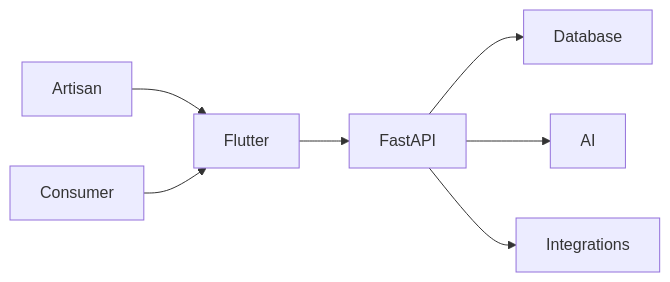
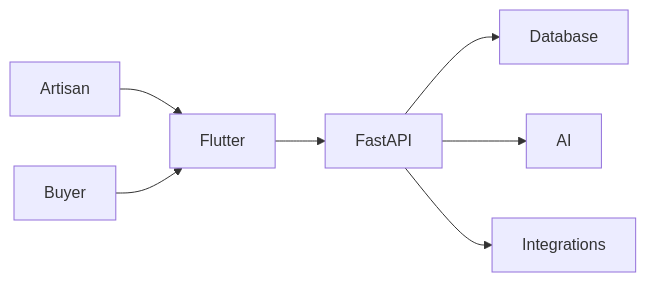
The diagram in README.md (mdxcodes/craftsy), drawn with Mermaid before and after one commit. The commit also changed other lines of this file, not shown here.

````diff
--- a/README.md
+++ b/README.md
@@ -84,9 +78,9 @@
 ```mermaid
 flowchart LR
     Artisan --> Flutter
-    Consumer --> Flutter
+    Buyer --> Flutter
     Flutter --> FastAPI
     FastAPI --> Database
     FastAPI --> AI
     FastAPI --> Integrations
 ```
````
